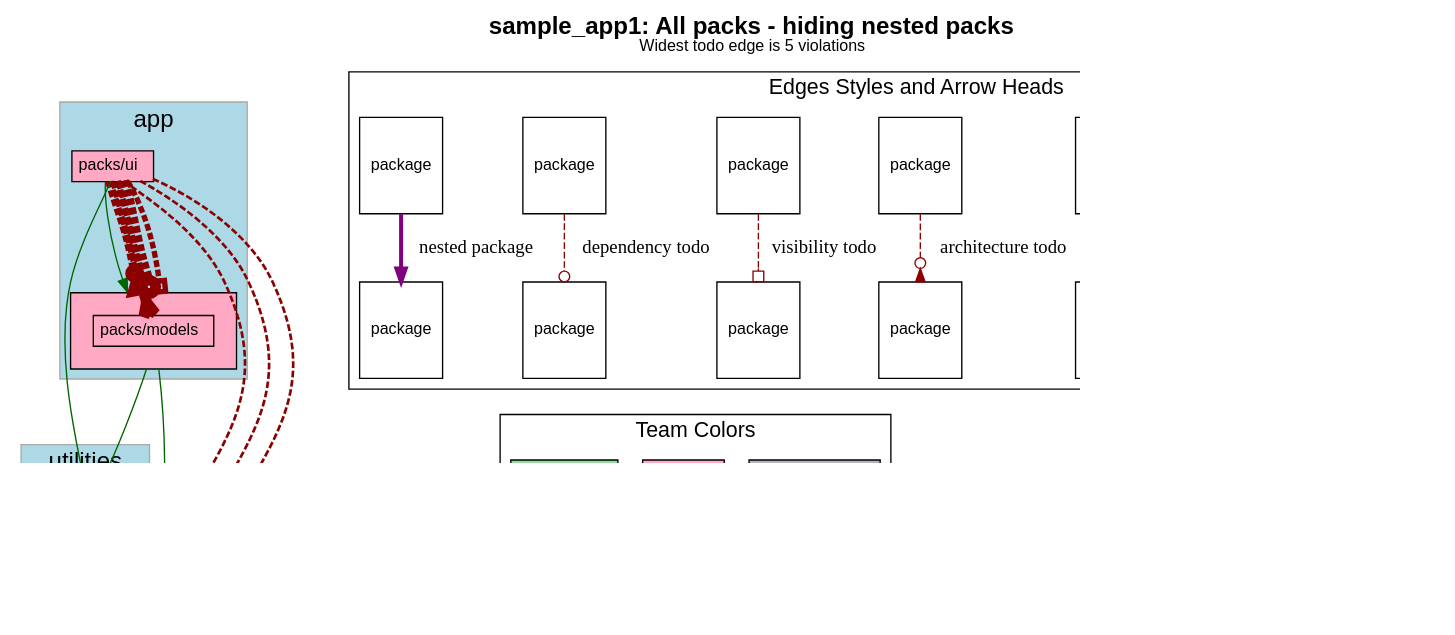
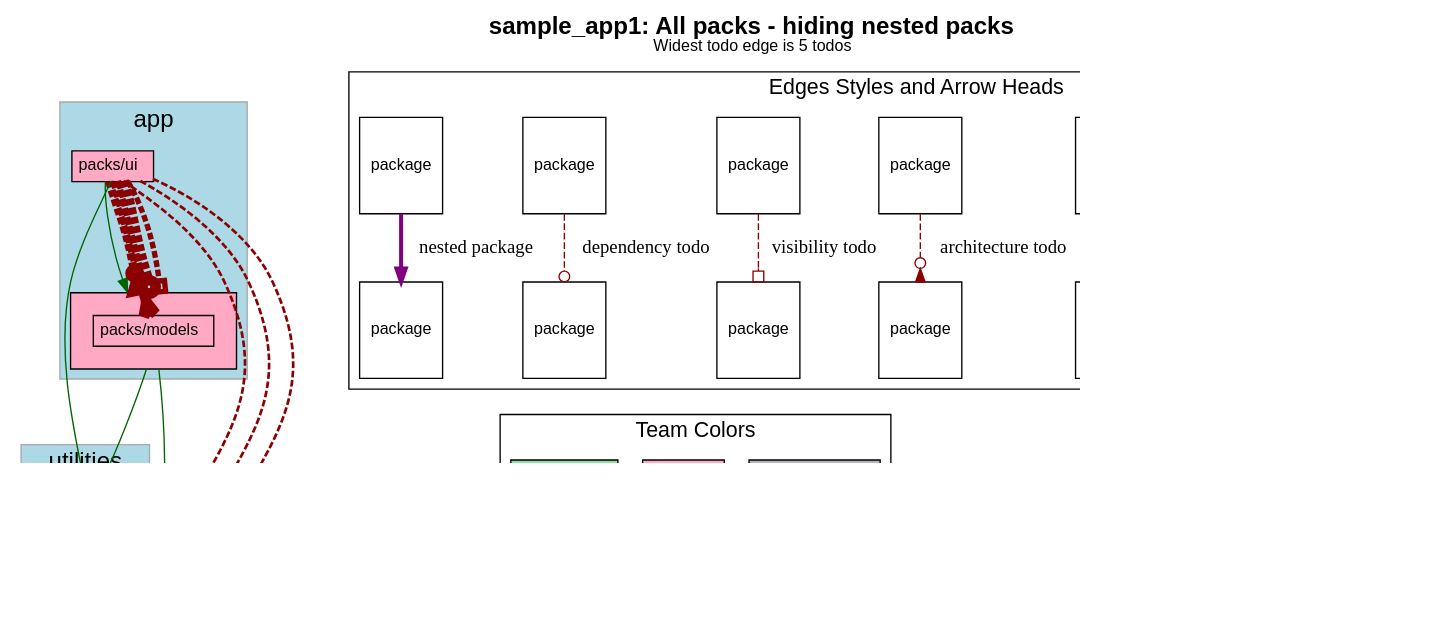
One commit to rubyatscale/visualize_packs changed the diagram in spec/sample_app1/test_output/roll_nested_todos_into_top_level.dot. Above: the diagram before and after it, drawn with Graphviz. The commit also changed 16 other files, not shown here.

First line of the commit message:
Cleanup usage of todos vs violations (#34)

```diff
--- a/spec/sample_app1/test_output/roll_nested_todos_into_top_level.dot
+++ b/spec/sample_app1/test_output/roll_nested_todos_into_top_level.dot
@@ -1,192 +1,192 @@
 digraph package_diagram {
   rankdir=TD
   graph [
     labelloc="t"
     fontname="Helvetica,Arial,sans-serif"
     dpi=100
     layout=dot
-    label=<<b>sample_app1: All packs - hiding nested packs</b><br/><font point-size='12'>Widest todo edge is 5 violations</font>>
+    label=<<b>sample_app1: All packs - hiding nested packs</b><br/><font point-size='12'>Widest todo edge is 5 todos</font>>
     fontsize=18
   ]
   node [
     fontname="Helvetica,Arial,sans-serif"
     fontsize=26.0
     fontcolor=black
     fillcolor=white
     color=black
     height=1.0
     style=filled
     shape=plain
   ]
     subgraph app {
       shape=box
       color=darkgrey
       fillcolor=lightblue
       style=filled
         label="app"
         cluster=true
         rank = 0        "packs/models" [
             fontsize=12.0
               URL="https://github.com/rubyatscale/visualize_packwerk/tree/main/spec/sample_app/packs/models"
 
               style=filled
               fillcolor="#FFA9C5"
             label= <
                 <table border='0' cellborder='1' cellspacing='0' cellpadding='16'><tr><td>
                   <table border='0' cellborder='1' cellspacing='0' cellpadding='4'>
                     <tr> <td port='private'> packs/models </td> </tr>
                   </table>
                 </td></tr></table>
               >
           ]
         
         "packs/ui" [
             fontsize=12.0
               URL="https://github.com/rubyatscale/visualize_packwerk/tree/main/spec/sample_app/packs/ui"
 
               style=filled
               fillcolor="#FFA9C5"
             label= <
                 <table border='0' cellborder='1' cellspacing='0' cellpadding='4'>
                   <tr> <td align='left'> packs/ui </td> </tr>
                 </table>
               >
           ]
         
     }
     subgraph utilities {
       shape=box
       color=darkgrey
       fillcolor=lightblue
       style=filled
         label="utilities"
         cluster=true
         rank = 1        "packs/utility" [
             fontsize=12.0
               URL="https://github.com/rubyatscale/visualize_packwerk/tree/main/spec/sample_app/packs/utility"
 
               style=filled
               fillcolor="#91DBA0"
             label= <
                 <table border='0' cellborder='1' cellspacing='0' cellpadding='4'>
                   <tr> <td align='left'> packs/utility </td> </tr>
                 </table>
               >
           ]
         
     }
               "packs/models" -> "packs/utility" [ style=invis ]
               "packs/ui" -> "packs/utility" [ style=invis ]
     subgraph NotInLayer {
       shape=box
       color=darkgrey
       fillcolor=lightblue
       style=filled
         cluster=false
         "." [
             fontsize=12.0
               URL="https://github.com/rubyatscale/visualize_packwerk/tree/main/spec/sample_app/"
 
               style=filled
               fillcolor="#B5B4BD"
             label= <
                 <table border='0' cellborder='1' cellspacing='0' cellpadding='4'>
                   <tr> <td align='left'> . </td> </tr>
                 </table>
               >
           ]
         
     }
               "packs/utility" -> "." [ style=invis ]
           "packs/models" -> "packs/utility" [ color=darkgreen ]
           "packs/models" -> "." [ color=darkgreen ]
           "packs/ui" -> "packs/models" [ color=darkgreen ]
           "packs/ui" -> "packs/utility" [ color=darkgreen ]
             "packs/ui" -> "." [ color=darkred style=dashed
               constraint=false
               # headlabel="dependency"
                 arrowhead=odot
               penwidth=2            ]
             "packs/ui" -> "." [ color=darkred style=dashed
               constraint=false
               # headlabel="architecture"
                 arrowhead=invodot
               penwidth=2            ]
             "packs/ui" -> "." [ color=darkred style=dashed
               constraint=false
               # headlabel="visibility"
                 arrowhead=obox
               penwidth=2            ]
             "packs/ui" -> "packs/models" [ color=darkred style=dashed
               constraint=false
               # headlabel="dependency"
                 arrowhead=odot
               penwidth=10            ]
             "packs/ui" -> "packs/models":private [ color=darkred style=dashed
               constraint=false
               # headlabel="privacy"
                 arrowhead=crow
               penwidth=8            ]
             "packs/ui" -> "packs/models" [ color=darkred style=dashed
               constraint=false
               # headlabel="architecture"
                 arrowhead=invodot
               penwidth=6            ]
             "packs/ui" -> "packs/models" [ color=darkred style=dashed
               constraint=false
               # headlabel="visibility"
                 arrowhead=obox
               penwidth=4            ]
     subgraph cluster_legend {
       fontsize=16
       label="Edges Styles and Arrow Heads"
       A [ fontsize=12 shape=box label="package"]
       B [ fontsize=12 shape=box label="package"]
       C [ fontsize=12 shape=box label="package"]
       D [ fontsize=12 shape=box label="package"]
       E [ fontsize=12 shape=box label="package"]
       F [ fontsize=12 shape=box label="package"]
       G [ fontsize=12 shape=box label="package"]
       H [ fontsize=12 shape=box label="package"]
       I [ fontsize=12 shape=box label="package"]
       J [ fontsize=12 shape=box label="package"]
       K [ fontsize=12 shape=box label="package"]
       L [ fontsize=12 shape=box label="package"]
       A -> B [label="accepted dependency" color=darkgreen]
       C -> D [label="privacy todo" color=darkred style=dashed arrowhead=crow]
       E -> F [label="architecture todo" color=darkred style=dashed arrowhead=invodot]
       G -> H [label="visibility todo" color=darkred style=dashed arrowhead=obox]
       I -> J [label="dependency todo" color=darkred style=dashed arrowhead=odot]
       K -> L [label="nested package" color=purple penwidth=3]
     }
   subgraph cluster_teams_legend {
     fontsize=16
     label="Team Colors"
 
       "ProdInfra TeamProdInfra Team" [
         label="ProdInfra Team"
         style=filled
         fillcolor="#B5B4BD"
         fontsize=12
         shape=box
       ]
 
       "UI TeamUI Team" [
         label="UI Team"
         style=filled
         fillcolor="#FFA9C5"
         fontsize=12
         shape=box
       ]
 
       "Utility TeamUtility Team" [
         label="Utility Team"
         style=filled
         fillcolor="#91DBA0"
         fontsize=12
         shape=box
       ]
 
   }
     J -> "Utility TeamUtility Team" [style=invis]
 }
```
